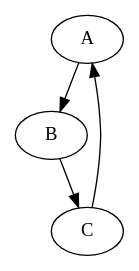
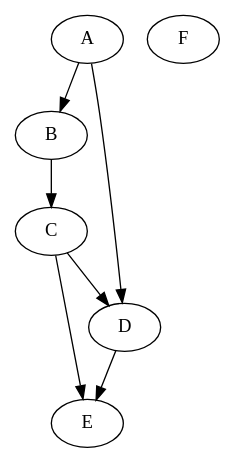
One commit to vudala/topological-sorting changed the diagram in inputs/graph3.dot. Above: the diagram before and after it, drawn with Graphviz. The commit also changed 5 other files, not shown here.

```diff
--- a/inputs/graph3.dot
+++ b/inputs/graph3.dot
@@ -1,5 +1,9 @@
-digraph {
+digraph G {
   A -> B;
+  A -> D;
   B -> C;
-  C -> A;
+  D -> E;
+  C -> D;
+  C -> E;
+  F;
 }
```
